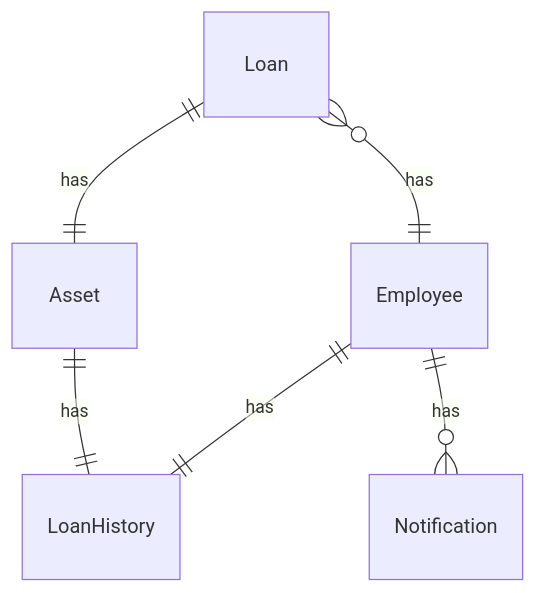
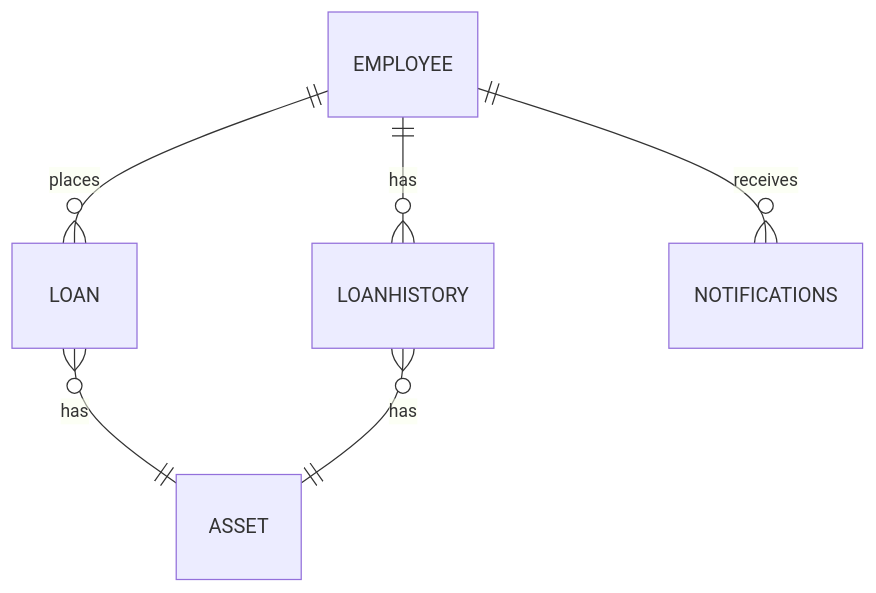
One commit to livun/bouvet-asset-hub changed the diagram in docs/entity-relationship-diagram.md. Above: the diagram before and after it, drawn with Mermaid. The commit also changed other lines of this file, not shown here.

Commit message:
new er diagram

````diff
--- a/docs/entity-relationship-diagram.md
+++ b/docs/entity-relationship-diagram.md
@@ -1,9 +3,12 @@
 ```mermaid
 erDiagram
-    Loan }o--|| Employee : has
-    Loan ||--|| Asset : has
-    Asset ||--|| LoanHistory : has
-    Employee ||--|| LoanHistory : has
-    Employee ||--o{ Notification : has    
+
+EMPLOYEE ||--o{ LOAN : places
+LOAN }o--|| ASSET : has
+EMPLOYEE ||--o{ LOANHISTORY : has
+LOANHISTORY }o--|| ASSET : has
+EMPLOYEE ||--o{ NOTIFICATIONS : receives
+
+      
 
 ```
````
